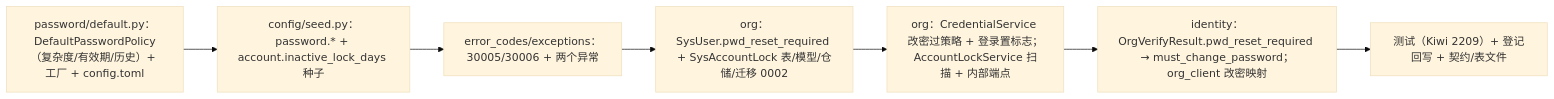
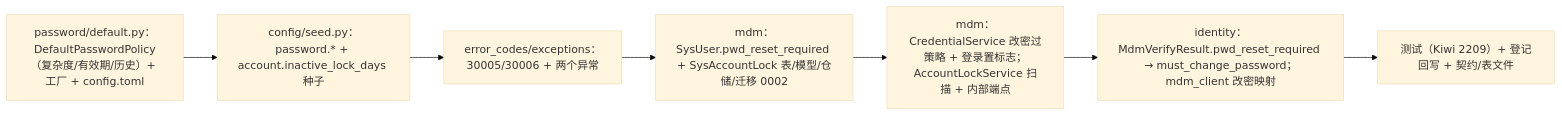
The diagram in bms文档/项目/06_认证与安全/任务/03_验证码与账号治理/03_验证码与账号治理_05_密码策略真实实现/实施/01_实施_05_密码策略真实实现.md (minjian123/basic-management-system), drawn with Mermaid (base theme) before and after one commit. The commit also changed other lines of this file and 501 other files, not shown here.

````diff
--- a/bms文档/项目/06_认证与安全/任务/03_验证码与账号治理/03_验证码与账号治理_05_密码策略真实实现/实施/01_实施_05_密码策略真实实现.md
+++ b/bms文档/项目/06_认证与安全/任务/03_验证码与账号治理/03_验证码与账号治理_05_密码策略真实实现/实施/01_实施_05_密码策略真实实现.md
@@ -22,9 +22,9 @@
 ```mermaid
 flowchart LR
     A["password/default.py：DefaultPasswordPolicy（复杂度/有效期/历史）+ 工厂 + config.toml"] --> B["config/seed.py：password.* + account.inactive_lock_days 种子"]
     B --> C["error_codes/exceptions：30005/30006 + 两个异常"]
-    C --> D["org：SysUser.pwd_reset_required + SysAccountLock 表/模型/仓储/迁移 0002"]
-    D --> E["org：CredentialService 改密过策略 + 登录置标志；AccountLockService 扫描 + 内部端点"]
-    E --> F["identity：OrgVerifyResult.pwd_reset_required → must_change_password；org_client 改密映射"]
+    C --> D["mdm：SysUser.pwd_reset_required + SysAccountLock 表/模型/仓储/迁移 0002"]
+    D --> E["mdm：CredentialService 改密过策略 + 登录置标志；AccountLockService 扫描 + 内部端点"]
+    E --> F["identity：MdmVerifyResult.pwd_reset_required → must_change_password；mdm_client 改密映射"]
     F --> G["测试（Kiwi 2209）+ 登记回写 + 契约/表文件"]
 ```
````
